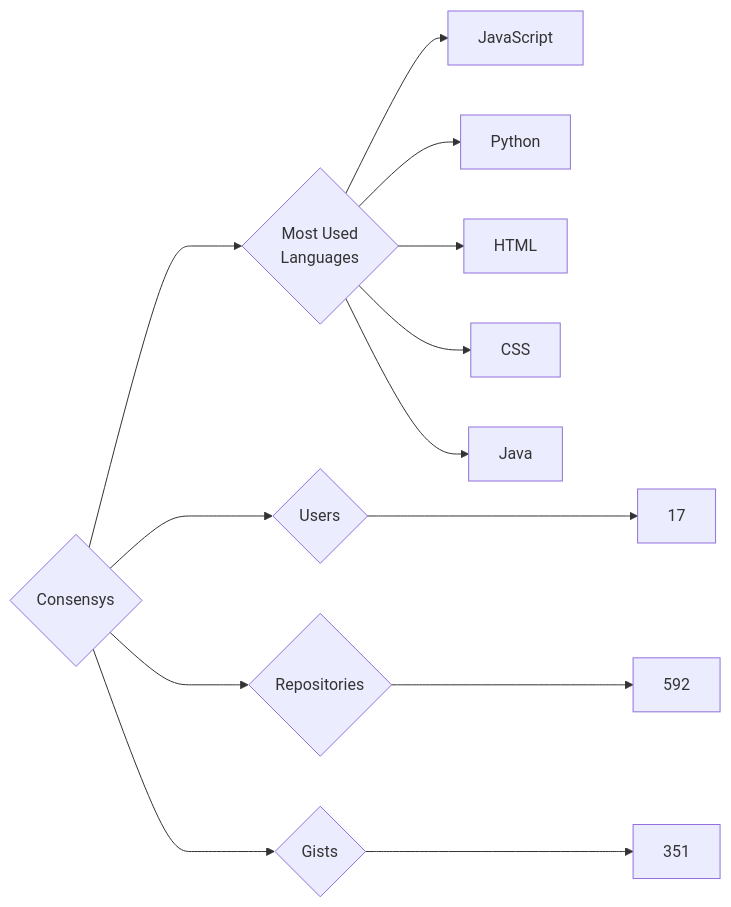
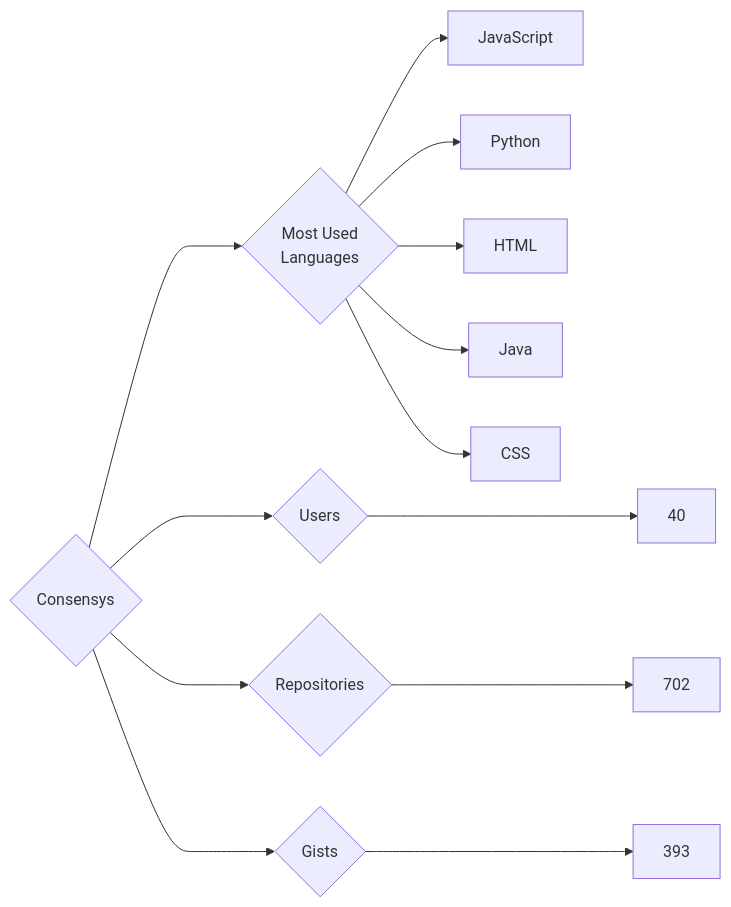
The diagram in targets/Consensys/README.md (trickest/insiders), drawn with Mermaid before and after one commit. The commit also changed 639 other files, not shown here.

````diff
--- a/targets/Consensys/README.md
+++ b/targets/Consensys/README.md
@@ -3,13 +3,13 @@
 ```mermaid
 graph LR
 COMPANY_NAME{Consensys}
-COMPANY_NAME ---> U{Users} ---> UN[17]
-COMPANY_NAME ---> R{Repositories} ---> RN[592]
-COMPANY_NAME ---> G{Gists} ---> GN[351]
+COMPANY_NAME ---> U{Users} ---> UN[40]
+COMPANY_NAME ---> R{Repositories} ---> RN[702]
+COMPANY_NAME ---> G{Gists} ---> GN[393]
 COMPANY_NAME ---> ML{Most Used<br>Languages}
 ML --> JavaScript[JavaScript]
 ML --> Python[Python]
 ML --> HTML[HTML]
+ML --> Java[Java]
 ML --> CSS[CSS]
-ML --> Java[Java]
 ```
````
